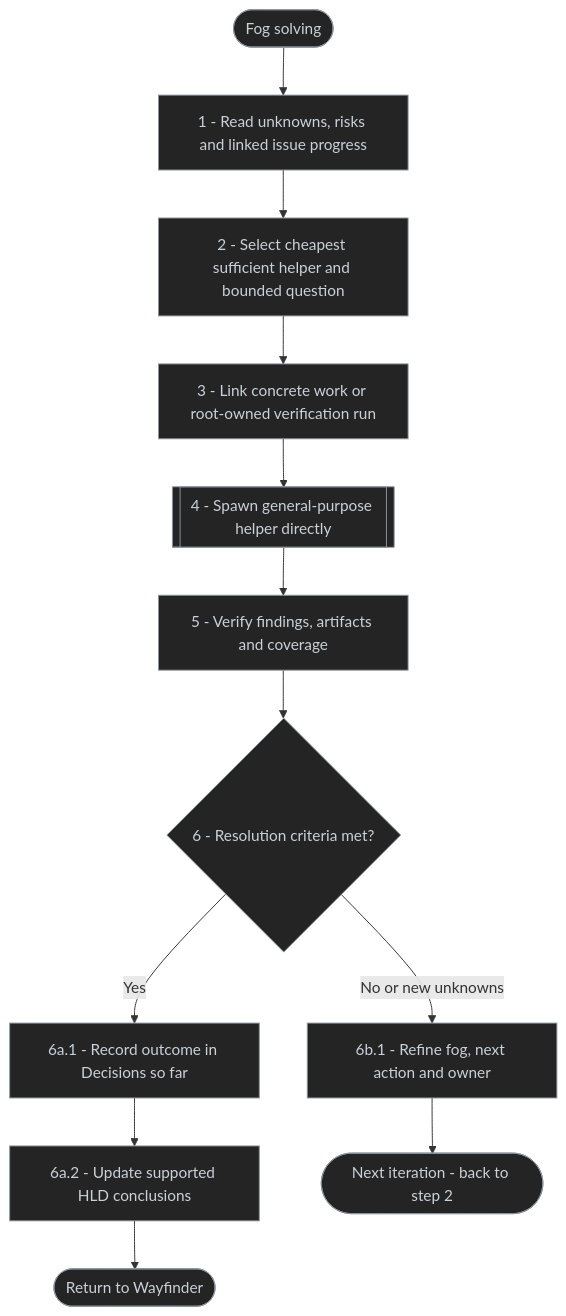
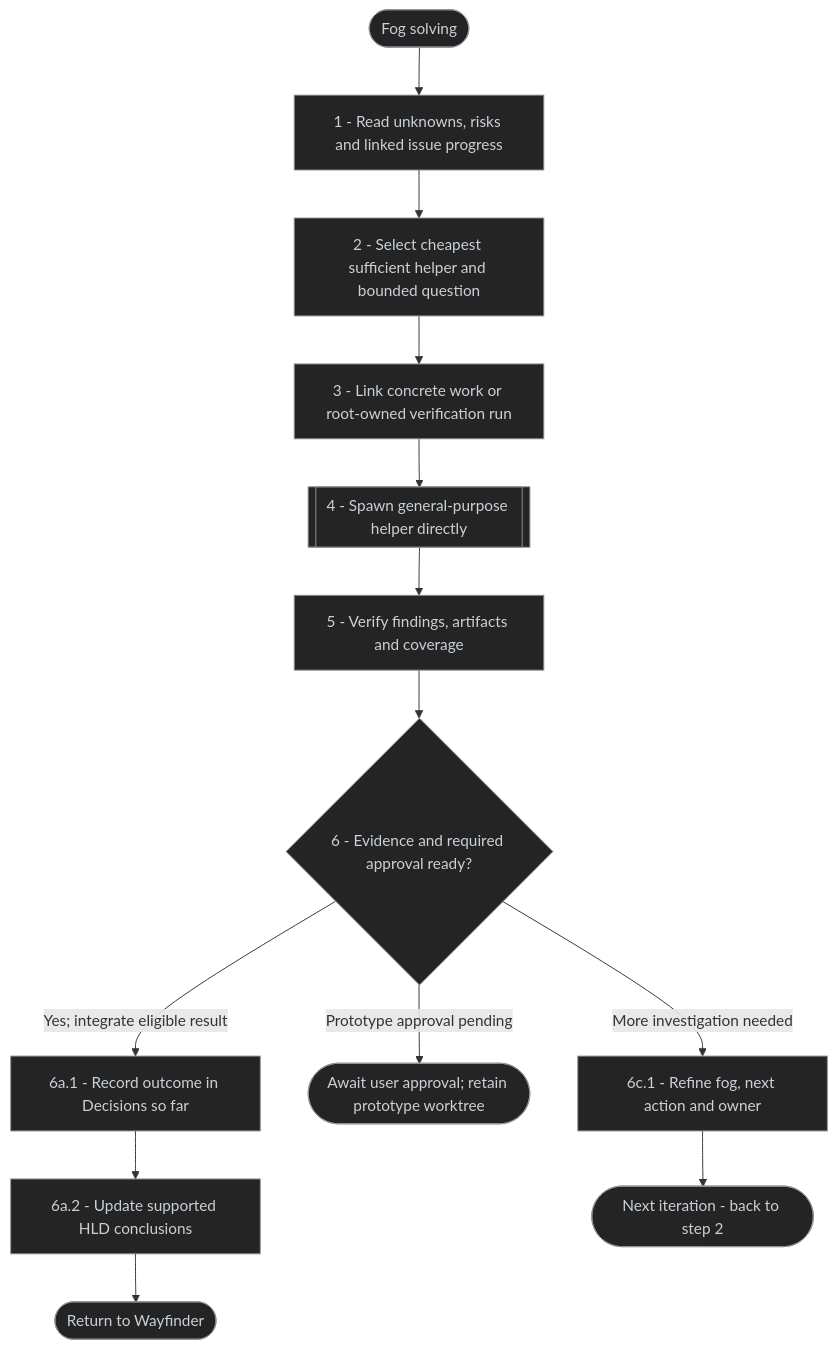
Before and after one commit to antshc/brain: the fourth of 5 diagrams in plugins/wf/skills/design/README.md, drawn with Mermaid. The commit also changed other lines of this file and 7 other files, not shown here.

````diff
--- a/plugins/wf/skills/design/README.md
+++ b/plugins/wf/skills/design/README.md
@@ -95,22 +95,24 @@
 ```mermaid
 %% diagram-id: design-wayfinder-fog-solving-flow
 flowchart TD
     start(["Fog solving"])
     read["1 - Read unknowns, risks and linked issue progress"]
     select["2 - Select cheapest sufficient helper and bounded question"]
     work["3 - Link concrete work or root-owned verification run"]
     spawn[["4 - Spawn general-purpose helper directly"]]
     verify["5 - Verify findings, artifacts and coverage"]
-    outcome{"6 - Resolution criteria met?"}
+    outcome{"6 - Evidence and required approval ready?"}
     clear["6a.1 - Record outcome in Decisions so far"]
     update["6a.2 - Update supported HLD conclusions"]
-    remain["6b.1 - Refine fog, next action and owner"]
+    waitApproval(["Await user approval; retain prototype worktree"])
+    remain["6c.1 - Refine fog, next action and owner"]
     repeat(["Next iteration - back to step 2"])
     finish(["Return to Wayfinder"])
 
     start --> read --> select --> work --> spawn --> verify --> outcome
-    outcome -- "Yes" --> clear --> update --> finish
-    outcome -- "No or new unknowns" --> remain --> repeat
+    outcome -- "Yes; integrate eligible result" --> clear --> update --> finish
+    outcome -- "Prototype approval pending" --> waitApproval
+    outcome -- "More investigation needed" --> remain --> repeat
 
     classDef default fill:#242424,stroke:#8b949e,color:#c9d1d9,stroke-width:1px
 ```
````
